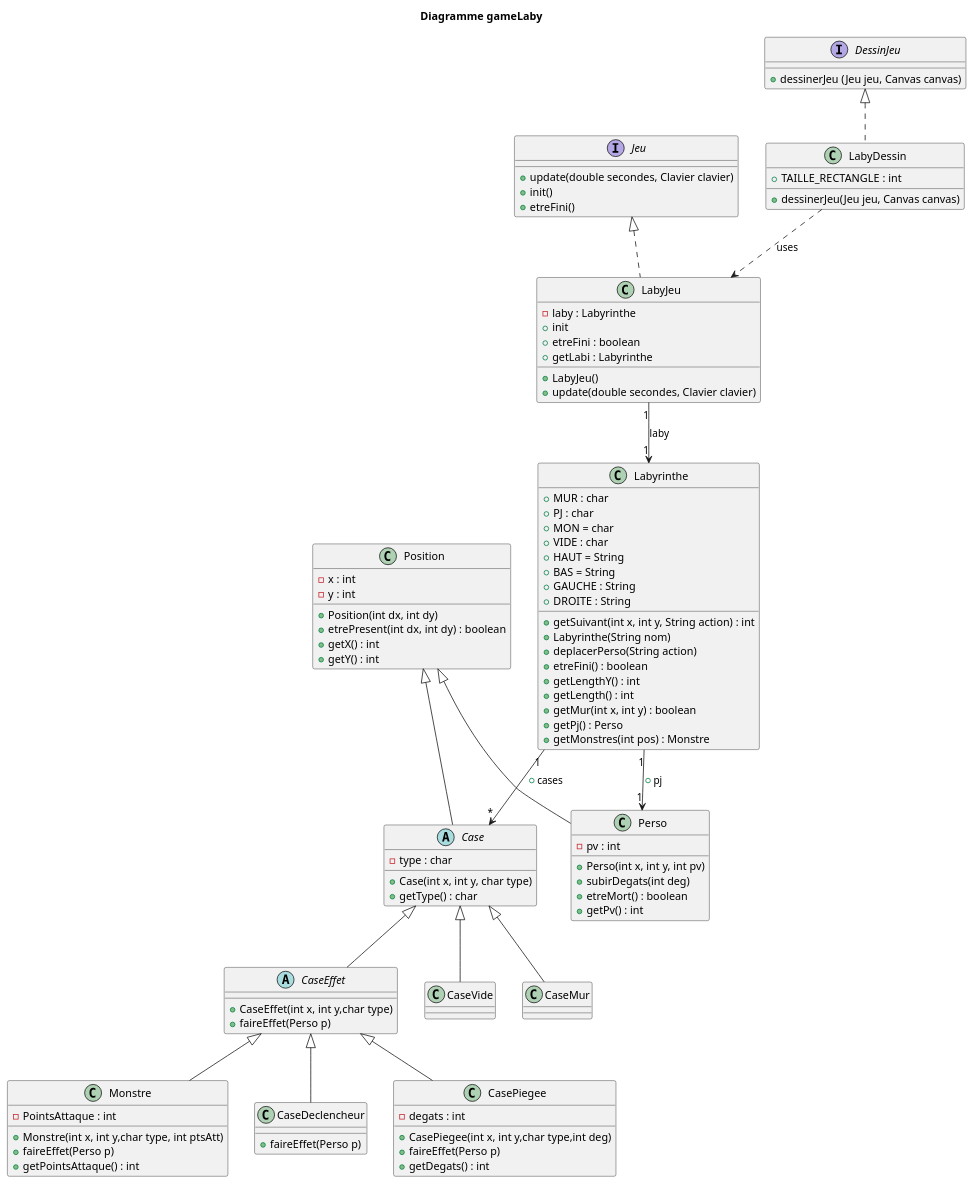
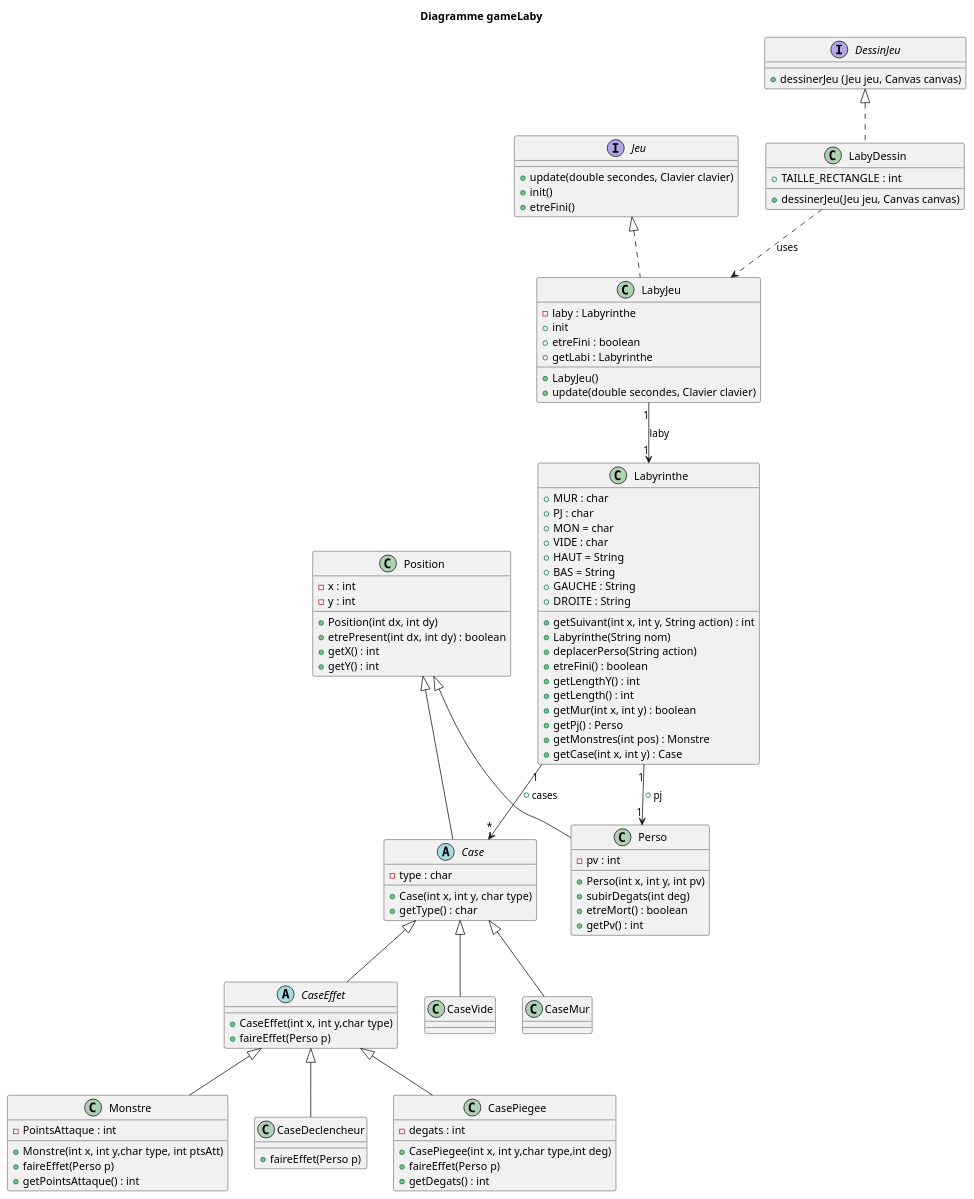
Before and after one commit to Cedran-Bastien/2022_Zeldiablo_Retter_Perez_Hergott_Bastien: the diagram in zeldiablo/src/gameLaby/laby/diag_classe_monstre.puml, drawn with PlantUML. The commit also changed 1 other file, not shown here.

```diff
--- a/zeldiablo/src/gameLaby/laby/diag_classe_monstre.puml
+++ b/zeldiablo/src/gameLaby/laby/diag_classe_monstre.puml
@@ -1,130 +1,131 @@
 @startuml
 'https://plantuml.com/class-diagram
 
 title Diagramme gameLaby
 
 interface Jeu {
     +update(double secondes, Clavier clavier)
     +init()
     +etreFini()
     }
 
 interface DessinJeu {
     +dessinerJeu (Jeu jeu, Canvas canvas)
     }
 
 
 
 class LabyDessin{
     +TAILLE_RECTANGLE : int
     +dessinerJeu(Jeu jeu, Canvas canvas)
 }
 
 class LabyJeu{
     -laby : Labyrinthe
     +LabyJeu()
     +update(double secondes, Clavier clavier)
     +init
     +etreFini : boolean
     +getLabi : Labyrinthe
     }
 
 class Position{
     -x : int
     -y : int
     +Position(int dx, int dy)
     +etrePresent(int dx, int dy) : boolean
     +getX() : int
     +getY() : int
     }
 
 abstract Case {
     - type : char
     +Case(int x, int y, char type)
     +getType() : char
 
     }
 
 abstract CaseEffet {
     +CaseEffet(int x, int y,char type)
     +faireEffet(Perso p)
 
 }
 
 class Perso {
     -pv : int
     +Perso(int x, int y, int pv)
     +subirDegats(int deg)
     +etreMort() : boolean
     +getPv() : int
 }
 
 class Monstre {
     -PointsAttaque : int
     +Monstre(int x, int y,char type, int ptsAtt)
     +faireEffet(Perso p)
     +getPointsAttaque() : int
 }
 
 class Labyrinthe{
     +MUR : char
     +PJ : char
     +MON = char
     +VIDE : char
     +HAUT = String
     +BAS = String
     +GAUCHE : String
     +DROITE : String
     +getSuivant(int x, int y, String action) : int
     +Labyrinthe(String nom)
     +deplacerPerso(String action)
     +etreFini() : boolean
      +getLengthY() : int
      +getLength() : int
      +getMur(int x, int y) : boolean
      +getPj() : Perso
      +getMonstres(int pos) : Monstre
+     +getCase(int x, int y) : Case
 
 
     }
 
 class CaseVide {
 
 }
 
 class CaseMur {
 
 }
 
 class CaseDeclencheur {
     +faireEffet(Perso p)
 
 }
 
 class CasePiegee {
     -degats : int
     +CasePiegee(int x, int y,char type,int deg)
     +faireEffet(Perso p)
     +getDegats() : int
 
 }
 
 
 DessinJeu <|.. LabyDessin
 Jeu <|.. LabyJeu
 Position <|-- Perso
 Position <|-- Case
 CaseEffet <|-- Monstre
 Case <|-- CaseEffet
 Labyrinthe "1" --> "1" Perso : +pj
 Labyrinthe "1" --> "*" Case : +cases
 LabyDessin ..> LabyJeu : uses
 LabyJeu "1" --> "1" Labyrinthe : laby
 Case <|-- CaseVide
 Case <|-- CaseMur
 CaseEffet <|-- CaseDeclencheur
 CaseEffet <|-- CasePiegee
 
 
 
 @enduml
```
